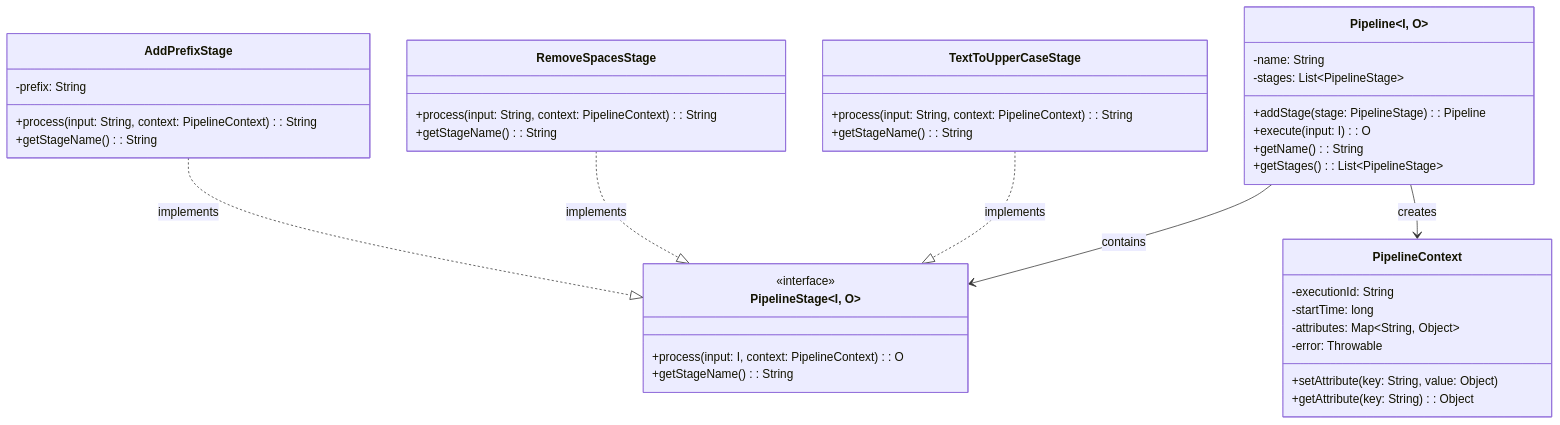
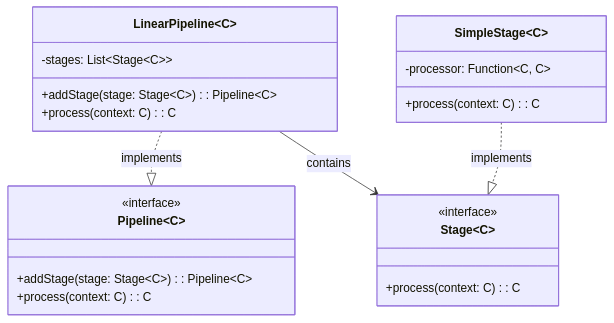
The third of 11 diagrams in Pipeline/docs/README.md (scimbe/VS_Pattern_By_KI), drawn with Mermaid before and after one commit. The commit also changed other lines of this file and 19 other files, not shown here.

````diff
--- a/Pipeline/docs/README.md
+++ b/Pipeline/docs/README.md
@@ -95,48 +93,28 @@
 ```mermaid
 classDiagram
-    class Pipeline~I, O~ {
-        -name: String
-        -stages: List~PipelineStage~
-        +addStage(stage: PipelineStage): Pipeline
-        +execute(input: I): O
-        +getName(): String
-        +getStages(): List~PipelineStage~
+    class Pipeline~C~ {
+        <<interface>>
+        +addStage(stage: Stage~C~): Pipeline~C~
+        +process(context: C): C
     }
 
-    class PipelineStage~I, O~ {
+    class Stage~C~ {
         <<interface>>
-        +process(input: I, context: PipelineContext): O
-        +getStageName(): String
+        +process(context: C): C
     }
 
-    class PipelineContext {
-        -executionId: String
-        -startTime: long
-        -attributes: Map~String, Object~
-        -error: Throwable
-        +setAttribute(key: String, value: Object)
-        +getAttribute(key: String): Object
+    class LinearPipeline~C~ {
+        -stages: List~Stage~C~~
+        +addStage(stage: Stage~C~): Pipeline~C~
+        +process(context: C): C
     }
 
-    class TextToUpperCaseStage {
-        +process(input: String, context: PipelineContext): String
-        +getStageName(): String
-    }
-
-    class RemoveSpacesStage {
-        +process(input: String, context: PipelineContext): String
-        +getStageName(): String
-    }
-
-    class AddPrefixStage {
-        -prefix: String
-        +process(input: String, context: PipelineContext): String
-        +getStageName(): String
+    class SimpleStage~C~ {
+        -processor: Function~C, C~
+        +process(context: C): C
     }
     
-    Pipeline --> PipelineStage : contains
-    Pipeline --> PipelineContext : creates
-    TextToUpperCaseStage ..|> PipelineStage : implements
-    RemoveSpacesStage ..|> PipelineStage : implements
-    AddPrefixStage ..|> PipelineStage : implements
+    LinearPipeline ..|> Pipeline : implements
+    SimpleStage ..|> Stage : implements
+    LinearPipeline --> Stage : contains
 ```
````
